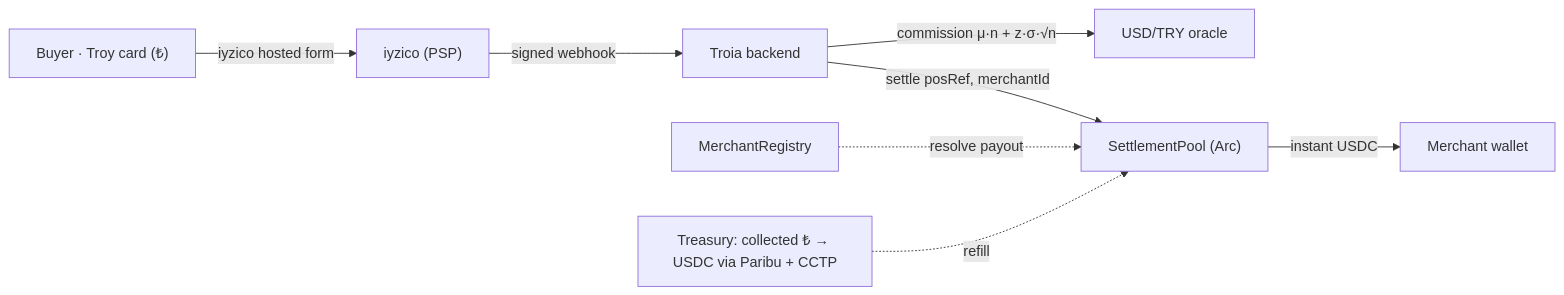
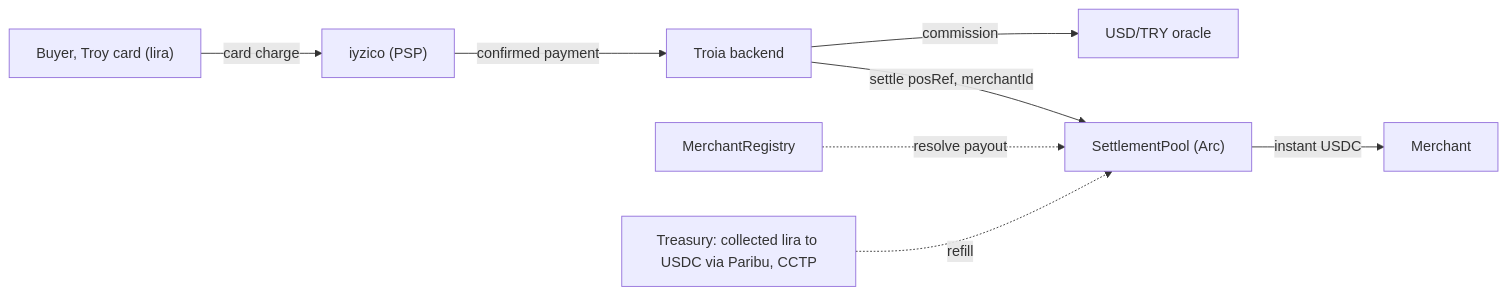
Before and after one commit to Foreveranka/troia-arc: the diagram in README.md, drawn with Mermaid. The commit also changed other lines of this file and 13 other files, not shown here.

First line of the commit message:
Extension pay flow, iyzico sandbox, web2 checkout

````diff
--- a/README.md
+++ b/README.md
@@ -22,10 +35,10 @@
 ```mermaid
 flowchart LR
-  U["Buyer · Troy card (₺)"] -->|iyzico hosted form| PSP["iyzico (PSP)"]
-  PSP -->|signed webhook| BE["Troia backend"]
-  BE -->|commission μ·n + z·σ·√n| ORC["USD/TRY oracle"]
+  U["Buyer, Troy card (lira)"] -->|card charge| PSP["iyzico (PSP)"]
+  PSP -->|confirmed payment| BE["Troia backend"]
+  BE -->|commission| ORC["USD/TRY oracle"]
   BE -->|settle posRef, merchantId| POOL["SettlementPool (Arc)"]
   REG["MerchantRegistry"] -.resolve payout.-> POOL
-  POOL -->|instant USDC| M["Merchant wallet"]
-  TRE["Treasury: collected ₺ → USDC via Paribu + CCTP"] -.refill.-> POOL
+  POOL -->|instant USDC| M["Merchant"]
+  TRE["Treasury: collected lira to USDC via Paribu, CCTP"] -.refill.-> POOL
 ```
````
